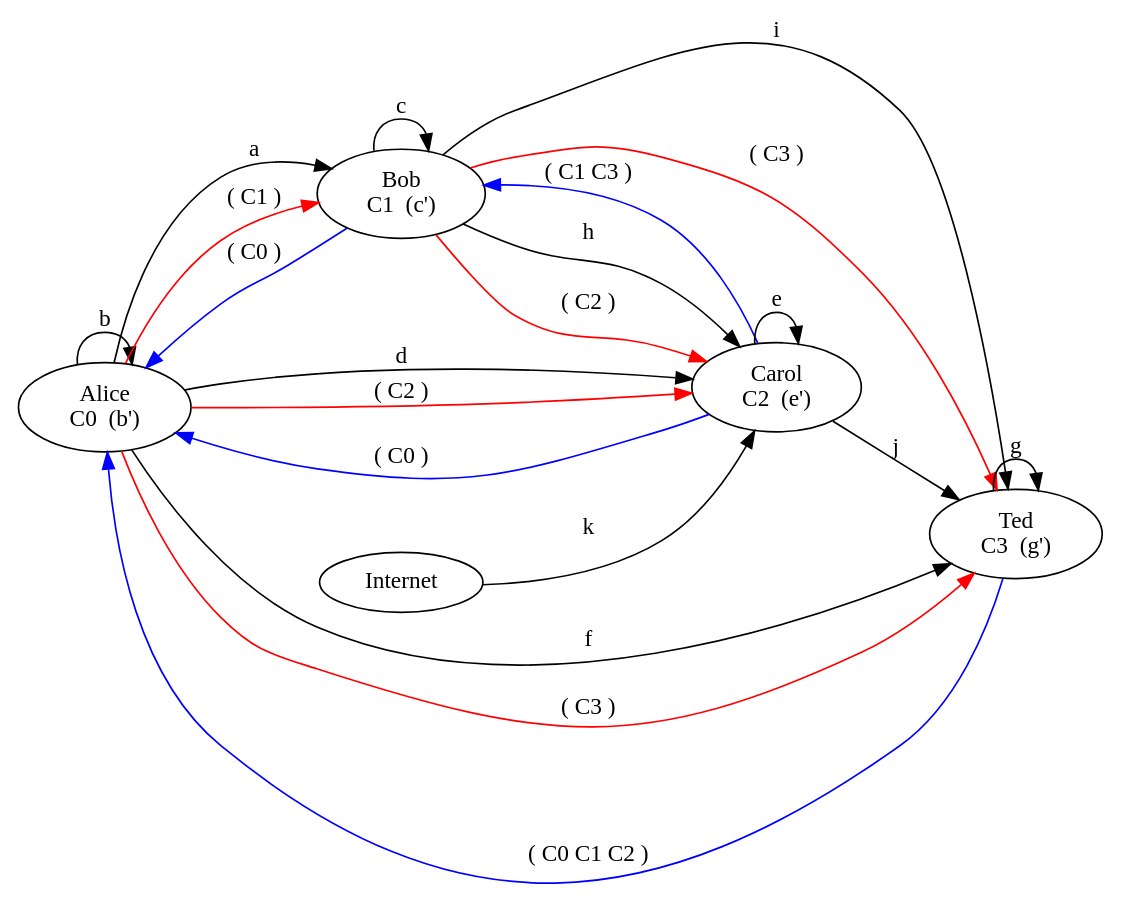
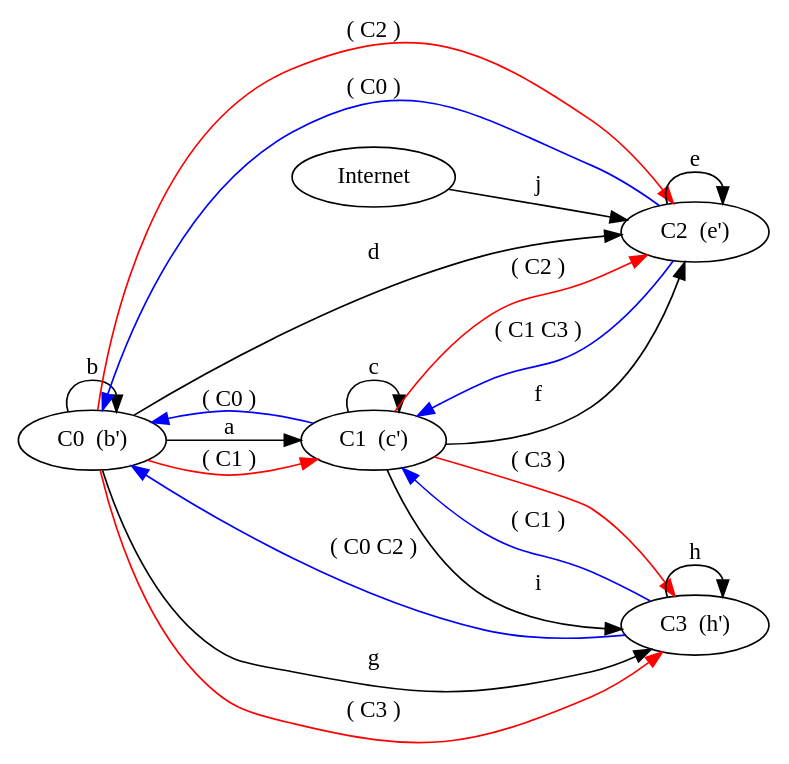
Before and after one commit to earthcomputing/bjackson-triangle-demo: the diagram in square-routing.gv, drawn with Graphviz.

Commit message:
remove a link from simulation
CellNo(4)  => vec![is2e(0,1), is2e(0,2), is2e(1,2), is2e(0,3), is2e(1,3)], //, is2e(2,3)],

```diff
--- a/square-routing.gv
+++ b/square-routing.gv
@@ -1,27 +1,27 @@
 digraph G {
     rankdir=LR
     C0:p1 -> C1:p1 [label="a"]
     C0:p0 -> C0:p0 [label="b"]
     C1:p0 -> C1:p0 [label="c"]
     C0:p2 -> C2:p1 [label="d"]
     C2:p0 -> C2:p0 [label="e"]
-    C0:p3 -> C3:p1 [label="f"]
-    C3:p0 -> C3:p0 [label="g"]
-    C1:p2 -> C2:p3 [label="h"]
+    C1:p2 -> C2:p3 [label="f"]
+    C0:p3 -> C3:p1 [label="g"]
+    C3:p0 -> C3:p0 [label="h"]
     C1:p3 -> C3:p2 [label="i"]
-    C2:p4 -> C3:p3 [label="j"]
-    Internet -> C2:p2 [label="k"]
-    C0 [label="Alice\n C0  (b')"]
-    C1 [label="Bob\n C1  (c')"]
-    C2 [label="Carol\n C2  (e')"]
-    C3 [label="Ted\n C3  (g')"]
-    C3:p1 -> C0:p3 [label="( C0 C1 C2 )" color=blue]
-    C0:p3 -> C3:p1 [label="( C3 )" color=red] 
+    Internet -> C2:p2 [label="j"]
+    C0 [label="C0  (b')"]
+    C1 [label="C1  (c')"]
+    C2 [label="C2  (e')"]
+    C3 [label="C3  (h')"]
     C2:p3 -> C1:p2 [label="( C1 C3 )" color=blue]
     C1:p2 -> C2:p3 [label="( C2 )" color=red]
+    C3:p1 -> C0:p3 [label="( C0 C2 )" color=blue]
+    C0:p3 -> C3:p1 [label="( C3 )" color=red]
+    C3:p2 -> C1:p3 [label="( C1 )" color=blue]
     C1:p3 -> C3:p2 [label="( C3 )" color=red]
     C1:p1 -> C0:p1 [label="( C0 )" color=blue]
     C0:p1 -> C1:p1 [label="( C1 )" color=red]
     C2:p1 -> C0:p2 [label="( C0 )" color=blue]
     C0:p2 -> C2:p1 [label="( C2 )" color=red]
 }
```
